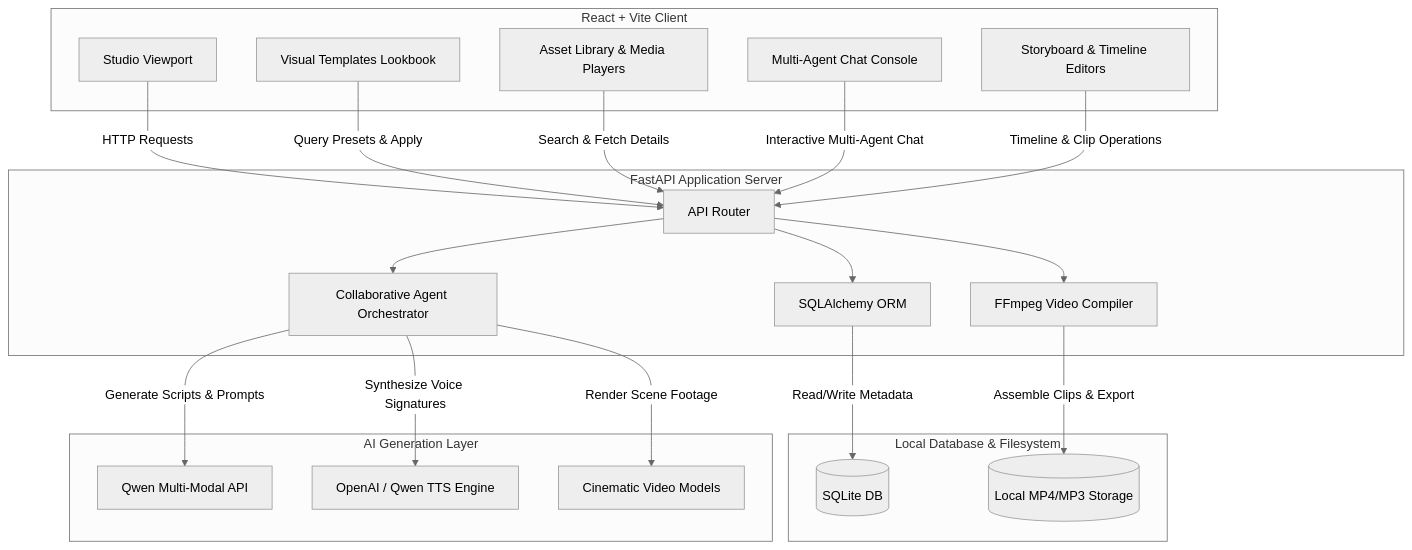
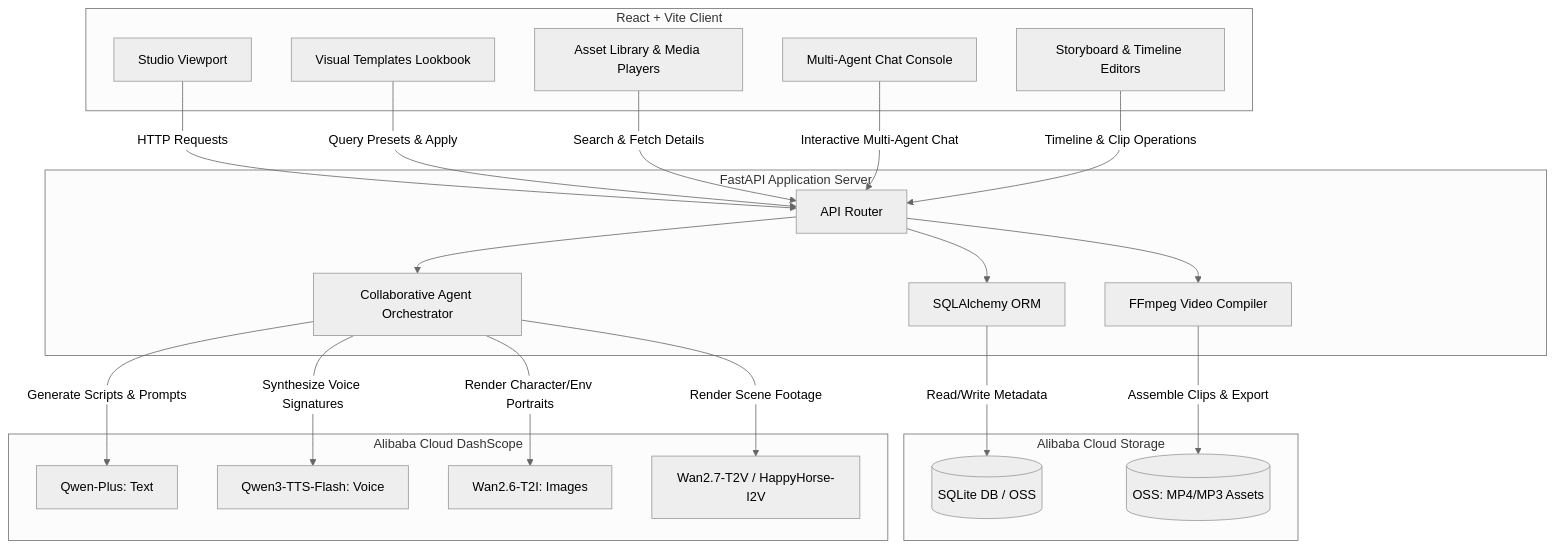
Before and after one commit to Supan-Roy/director-desk: the diagram in README.md, drawn with Mermaid (neutral theme). The commit also changed other lines of this file, not shown here.

````diff
--- a/README.md
+++ b/README.md
@@ -15,49 +15,51 @@
 ```mermaid
 graph TD
     %% Frontend Layer
     subgraph Frontend [React + Vite Client]
         UI[Studio Viewport]
         Templates[Visual Templates Lookbook]
         Assets[Asset Library & Media Players]
         AgentsPlay[Multi-Agent Chat Console]
         ProjectEdit[Storyboard & Timeline Editors]
     end
 
     %% Backend Layer
     subgraph Backend [FastAPI Application Server]
         API[API Router]
         DbHandler[SQLAlchemy ORM]
         AgentEngine[Collaborative Agent Orchestrator]
         VideoEngine[FFmpeg Video Compiler]
     end
 
-    %% Database & External Services
-    subgraph Storage [Local Database & Filesystem]
-        SQLite[(SQLite DB)]
-        MediaFiles[(Local MP4/MP3 Storage)]
+    %% Database & Storage
+    subgraph Storage [Alibaba Cloud Storage]
+        SQLite[(SQLite DB / OSS)]
+        MediaFiles[(OSS: MP4/MP3 Assets)]
     end
 
-    subgraph External [AI Generation Layer]
-        LLM[Qwen Multi-Modal API]
-        TTS[OpenAI / Qwen TTS Engine]
-        VideoGen[Cinematic Video Models]
+    subgraph AI [Alibaba Cloud DashScope]
+        LLM[Qwen-Plus: Text]
+        TTS[Qwen3-TTS-Flash: Voice]
+        Image[Wan2.6-T2I: Images]
+        VideoGen[Wan2.7-T2V / HappyHorse-I2V]
     end
 
     %% Connection Flows
     UI -->|HTTP Requests| API
     Templates -->|Query Presets & Apply| API
     Assets -->|Search & Fetch Details| API
     AgentsPlay -->|Interactive Multi-Agent Chat| API
     ProjectEdit -->|Timeline & Clip Operations| API
 
     API --> DbHandler
     API --> AgentEngine
     API --> VideoEngine
 
     DbHandler -->|Read/Write Metadata| SQLite
     VideoEngine -->|Assemble Clips & Export| MediaFiles
 
     AgentEngine -->|Generate Scripts & Prompts| LLM
     AgentEngine -->|Synthesize Voice Signatures| TTS
+    AgentEngine -->|Render Character/Env Portraits| Image
     AgentEngine -->|Render Scene Footage| VideoGen
 ```
````
